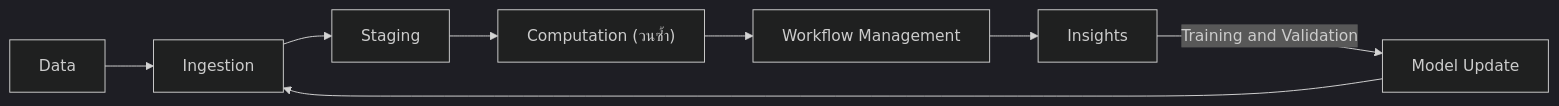
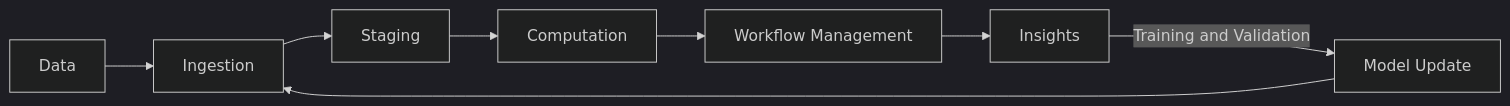
Before and after one commit to mdanmek/nida-dads-notes: the second of 12 diagrams in dads6002-big-data-analytics/summary/01_hadoop[claude].md, drawn with Mermaid (dark theme). The commit also changed other lines of this file, not shown here.

````diff
--- a/dads6002-big-data-analytics/summary/01_hadoop[claude].md
+++ b/dads6002-big-data-analytics/summary/01_hadoop[claude].md
@@ -138,6 +87,6 @@
 ```mermaid
 flowchart LR
-    D["Data"] --> ING["Ingestion"] --> STG["Staging"] --> CMP["Computation (วนซ้ำ)"] --> WF["Workflow Management"] --> INS["Insights"]
+    D["Data"] --> ING["Ingestion"] --> STG["Staging"] --> CMP["Computation"] --> WF["Workflow Management"] --> INS["Insights"]
     INS -- "Training and Validation" --> MU["Model Update"]
     MU --> ING
 ```
````
